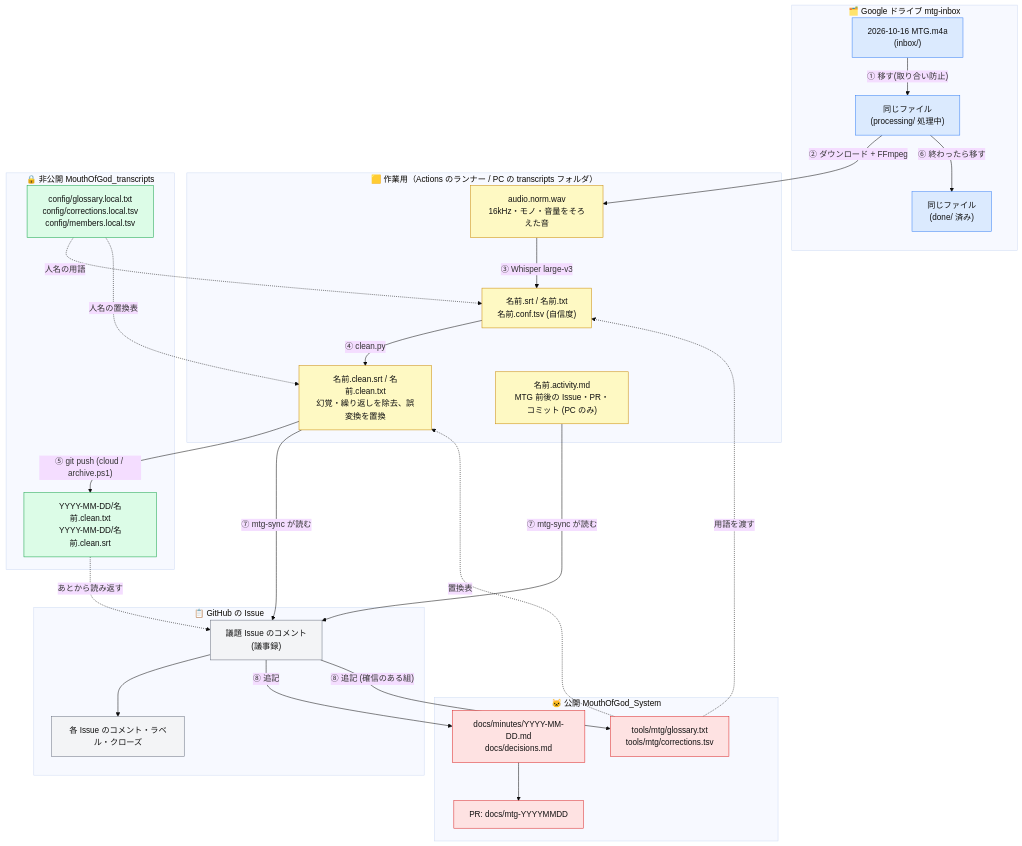
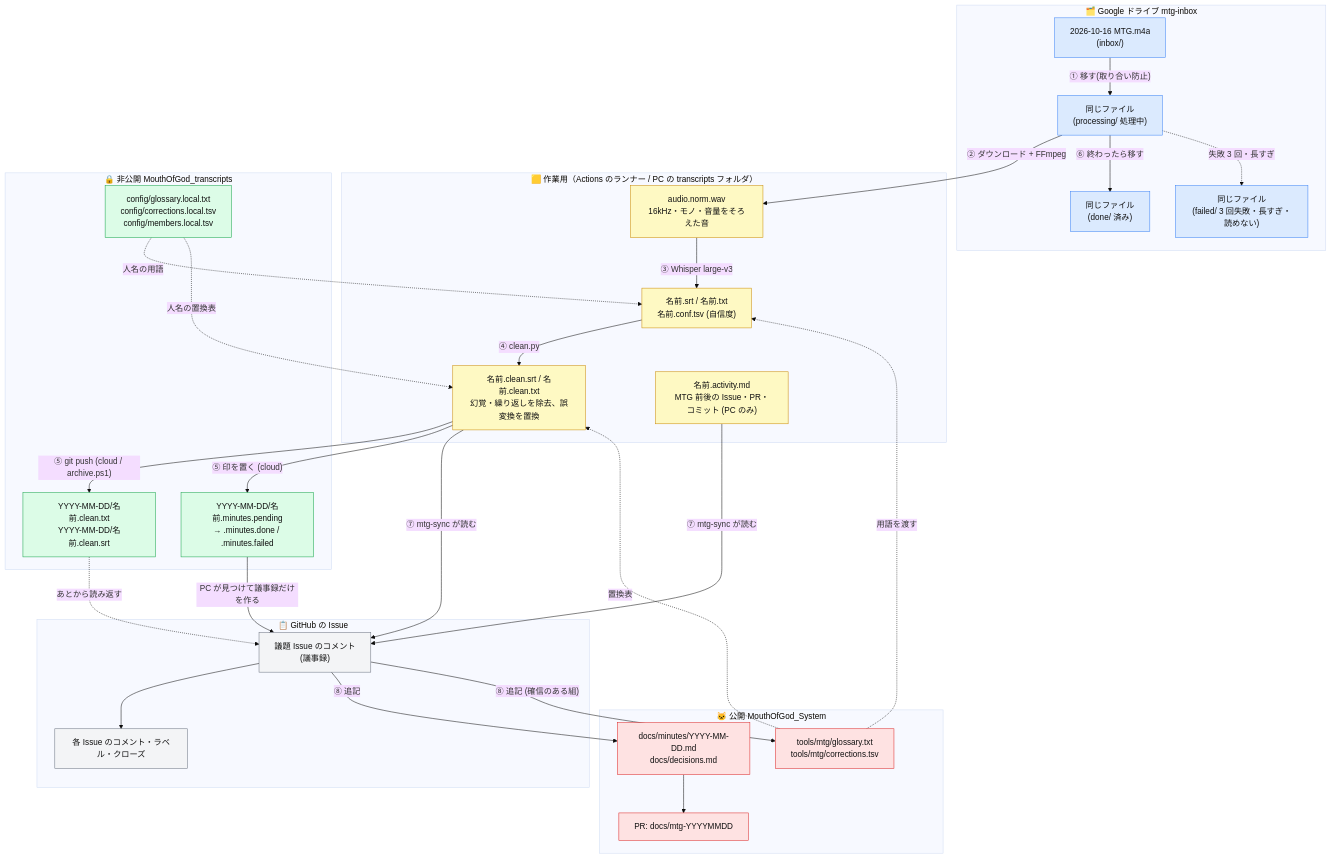
Before and after one commit to Fialuxe/MouthOfGod_System: the third of 4 diagrams in docs/system-overview.md, drawn with Mermaid (base theme). The commit also changed other lines of this file and 8 other files, not shown here.

````diff
--- a/docs/system-overview.md
+++ b/docs/system-overview.md
@@ -144,55 +149,60 @@
 ```mermaid
 flowchart TB
   classDef drive fill:#dbeafe,stroke:#3b82f6,color:#111
   classDef temp fill:#fef9c3,stroke:#ca8a04,color:#111
   classDef priv fill:#dcfce7,stroke:#16a34a,color:#111
   classDef pub fill:#fee2e2,stroke:#dc2626,color:#111
   classDef gh fill:#f3f4f6,stroke:#6b7280,color:#111
 
   subgraph D["🗂️ Google ドライブ mtg-inbox"]
     a1["2026-10-16 MTG.m4a<br/>(inbox/)"]:::drive
     a2["同じファイル<br/>(processing/ 処理中)"]:::drive
     a3["同じファイル<br/>(done/ 済み)"]:::drive
+    a4["同じファイル<br/>(failed/ 3 回失敗・長すぎ・読めない)"]:::drive
   end
 
   subgraph T["🟨 作業用（Actions のランナー / PC の transcripts フォルダ）"]
     b1["audio.norm.wav<br/>16kHz・モノ・音量をそろえた音"]:::temp
     b2["名前.srt / 名前.txt<br/>名前.conf.tsv (自信度)"]:::temp
     b3["名前.clean.srt / 名前.clean.txt<br/>幻覚・繰り返しを除去、誤変換を置換"]:::temp
     b4["名前.activity.md<br/>MTG 前後の Issue・PR・コミット (PC のみ)"]:::temp
   end
 
   subgraph R["🔒 非公開 MouthOfGod_transcripts"]
     c1["YYYY-MM-DD/名前.clean.txt<br/>YYYY-MM-DD/名前.clean.srt"]:::priv
+    c3["YYYY-MM-DD/名前.minutes.pending<br/>→ .minutes.done / .minutes.failed"]:::priv
     c2["config/glossary.local.txt<br/>config/corrections.local.tsv<br/>config/members.local.tsv"]:::priv
   end
 
   subgraph P["🐱 公開 MouthOfGod_System"]
     d1["tools/mtg/glossary.txt<br/>tools/mtg/corrections.tsv"]:::pub
     d2["docs/minutes/YYYY-MM-DD.md<br/>docs/decisions.md"]:::pub
     d3["PR: docs/mtg-YYYYMMDD"]:::pub
   end
 
   subgraph G["📋 GitHub の Issue"]
     e1["議題 Issue のコメント<br/>(議事録)"]:::gh
     e2["各 Issue のコメント・ラベル・クローズ"]:::gh
   end
 
   a1 -- "① 移す(取り合い防止)" --> a2
   a2 -- "② ダウンロード + FFmpeg" --> b1
   b1 -- "③ Whisper large-v3" --> b2
   d1 -. "用語を渡す" .-> b2
   c2 -. "人名の用語" .-> b2
   b2 -- "④ clean.py" --> b3
   d1 -. "置換表" .-> b3
   c2 -. "人名の置換表" .-> b3
   b3 -- "⑤ git push (cloud / archive.ps1)" --> c1
+  b3 -- "⑤ 印を置く (cloud)" --> c3
+  c3 -- "PC が見つけて議事録だけを作る" --> e1
   a2 -- "⑥ 終わったら移す" --> a3
+  a2 -. "失敗 3 回・長すぎ" .-> a4
   b3 -- "⑦ mtg-sync が読む" --> e1
   b4 -- "⑦ mtg-sync が読む" --> e1
   c1 -. "あとから読み返す" .-> e1
   e1 --> e2
   e1 -- "⑧ 追記" --> d2
   e1 -- "⑧ 追記 (確信のある組)" --> d1
   d2 --> d3
 ```
````
